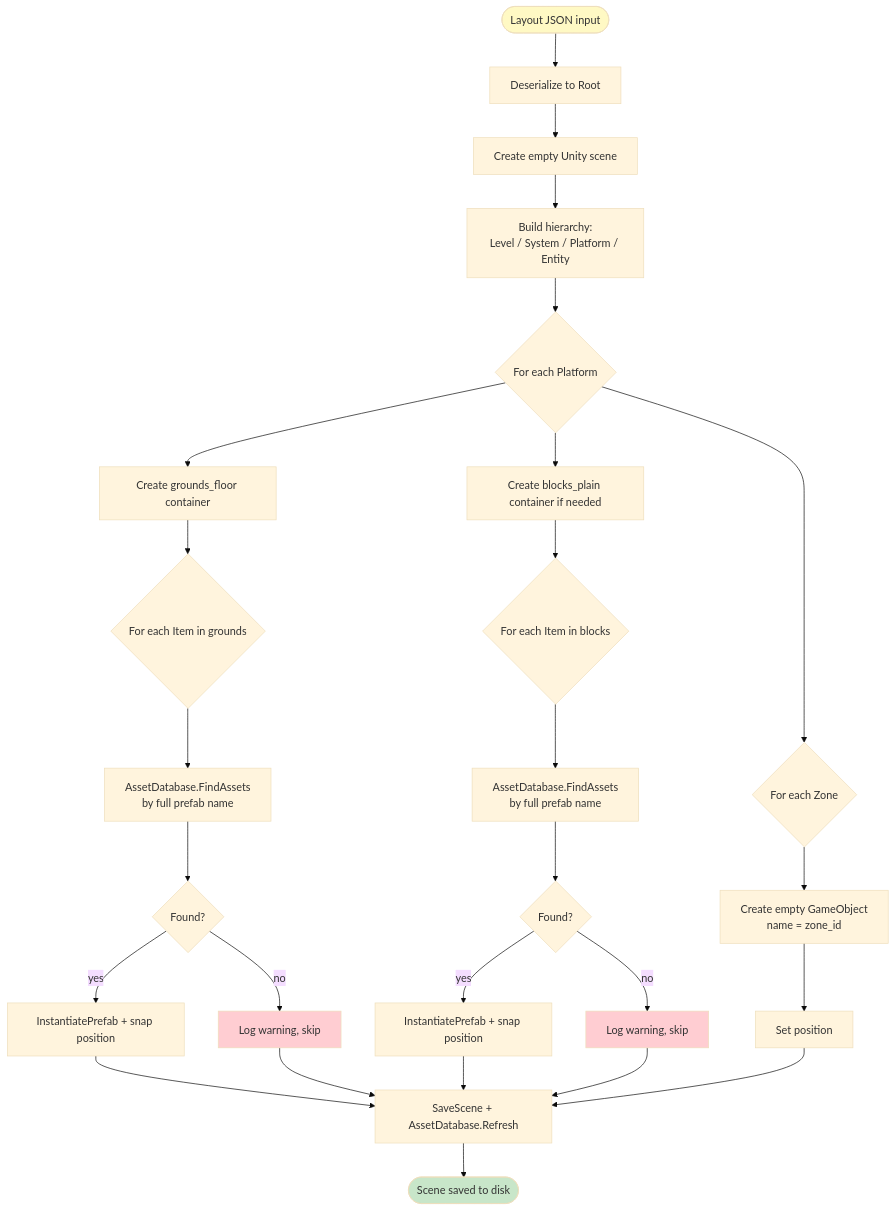
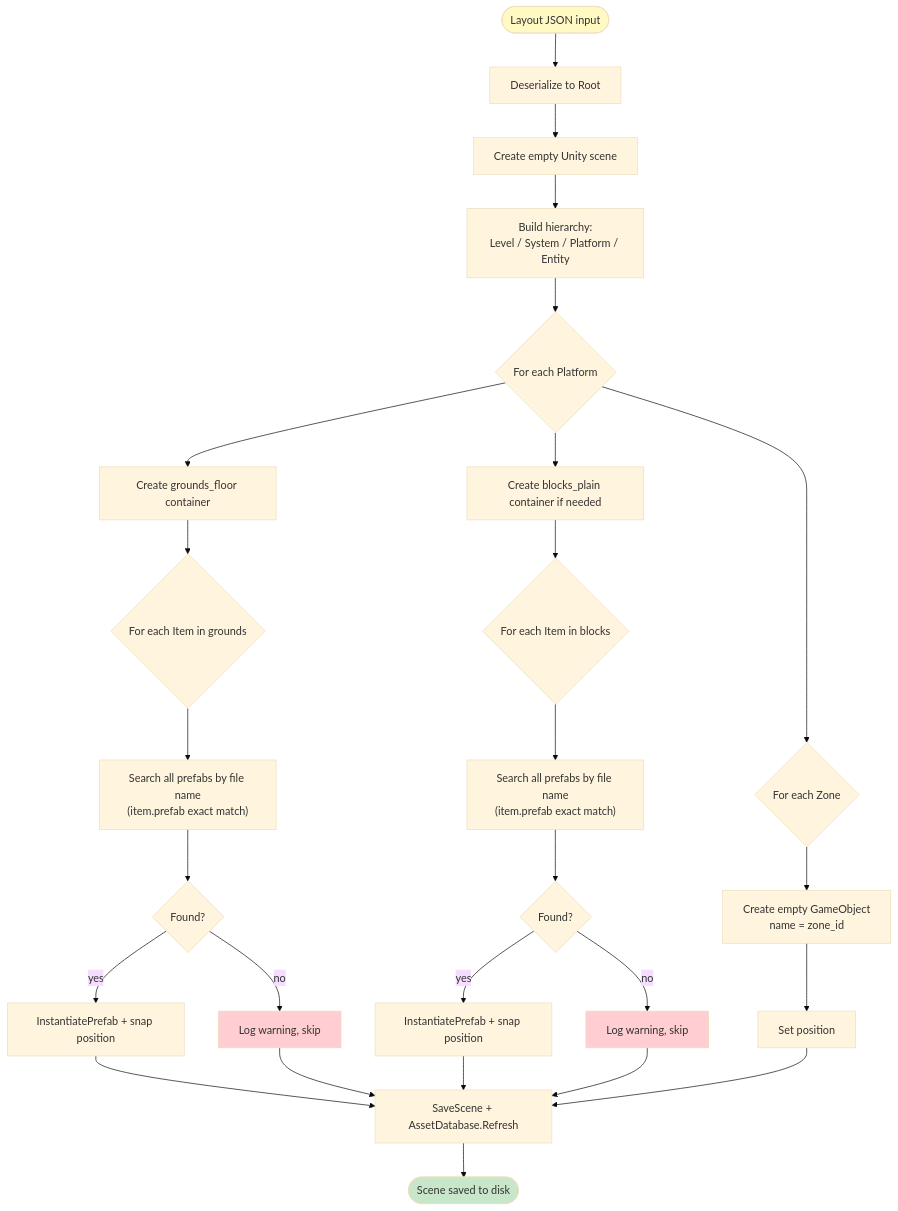
Before and after one commit to hiroxpepe/briko: diagram 23 of 39 in docs/briko_spec.md, drawn with Mermaid (base theme). The commit also changed other lines of this file and 25 other files, not shown here.

````diff
--- a/docs/briko_spec.md
+++ b/docs/briko_spec.md
@@ -856,42 +853,42 @@
 ```mermaid
 flowchart TB
     Start([Layout JSON input]) --> Deser[Deserialize to Root]
     Deser --> NewScene[Create empty Unity scene]
     NewScene --> Build[Build hierarchy:<br/>Level / System / Platform / Entity]
 
     Build --> Loop1{For each Platform}
     Loop1 --> Ground[Create grounds_floor container]
     Loop1 --> Block[Create blocks_plain container if needed]
 
     Ground --> Loop2{For each Item in grounds}
     Block --> Loop3{For each Item in blocks}
 
-    Loop2 --> FindG["AssetDatabase.FindAssets<br/>by full prefab name"]
-    Loop3 --> FindB["AssetDatabase.FindAssets<br/>by full prefab name"]
+    Loop2 --> FindG["Search all prefabs by file name<br/>(item.prefab exact match)"]
+    Loop3 --> FindB["Search all prefabs by file name<br/>(item.prefab exact match)"]
 
     FindG --> InstG{Found?}
     FindB --> InstB{Found?}
 
     InstG -->|yes| PlaceG[InstantiatePrefab + snap position]
     InstG -->|no| WarnG[Log warning, skip]
 
     InstB -->|yes| PlaceB[InstantiatePrefab + snap position]
     InstB -->|no| WarnB[Log warning, skip]
 
     Loop1 --> Loop4{For each Zone}
     Loop4 --> Empty[Create empty GameObject<br/>name = zone_id]
     Empty --> SetPos[Set position]
 
     PlaceG --> Save[SaveScene + AssetDatabase.Refresh]
     PlaceB --> Save
     SetPos --> Save
     WarnG --> Save
     WarnB --> Save
 
     Save --> End([Scene saved to disk])
 
     style Start fill:#fff9c4
     style End fill:#c8e6c9
     style WarnG fill:#ffcdd2
     style WarnB fill:#ffcdd2
 ```
````
